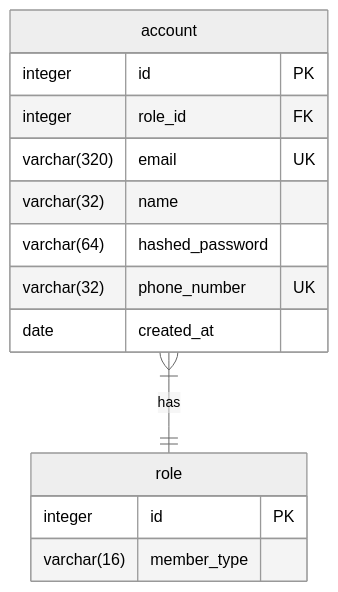
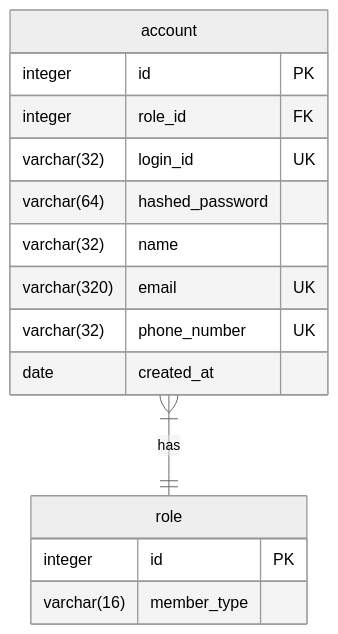
Before and after one commit to kimsehyoung/dongle: the diagram in api/db_schema/AUTH_ERD.md, drawn with Mermaid (neutral theme). The commit also changed 20 other files, not shown here.

````diff
--- a/api/db_schema/AUTH_ERD.md
+++ b/api/db_schema/AUTH_ERD.md
@@ -1,19 +1,20 @@
 ```mermaid
 erDiagram
     role  {
         integer id PK
         varchar(16) member_type
     }
 
     account {
         integer id PK
         integer role_id FK
+        varchar(32) login_id UK
+        varchar(64) hashed_password
+        varchar(32) name
         varchar(320) email UK
-        varchar(32) name
-        varchar(64) hashed_password
         varchar(32) phone_number UK
         date created_at
     }
 
 account }|--|| role : has
 ```
````
